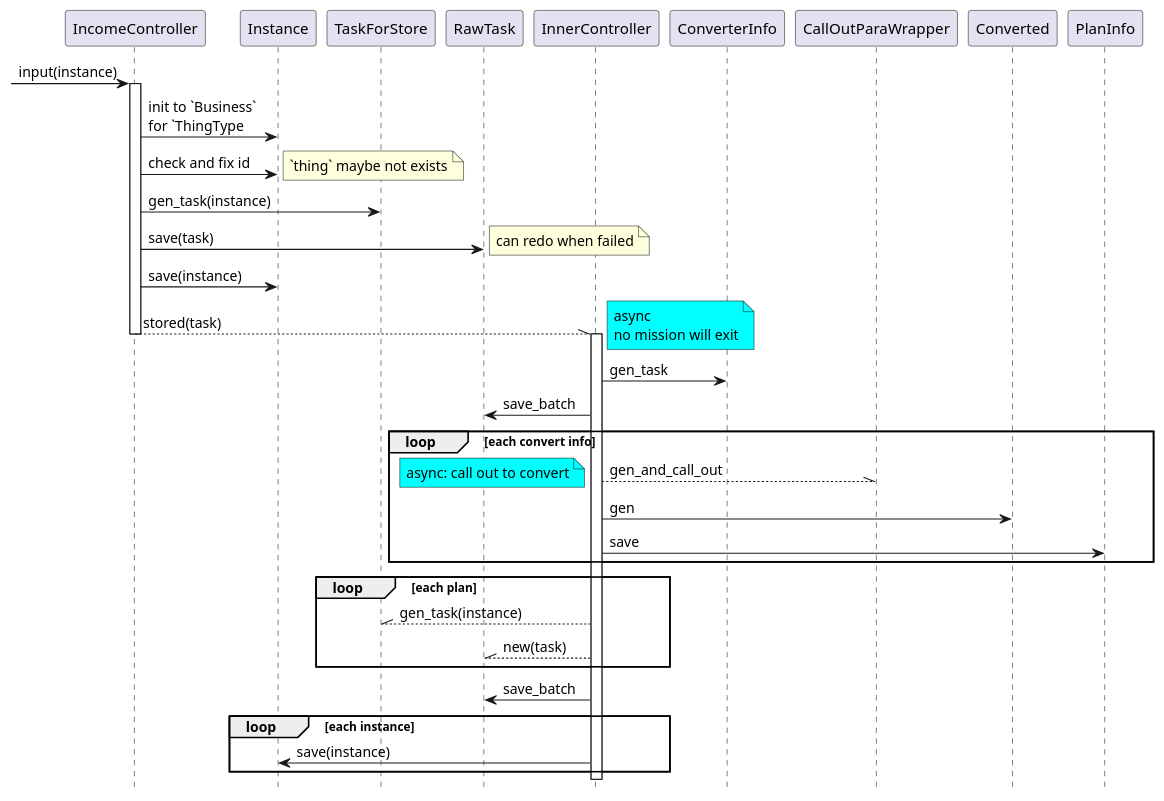
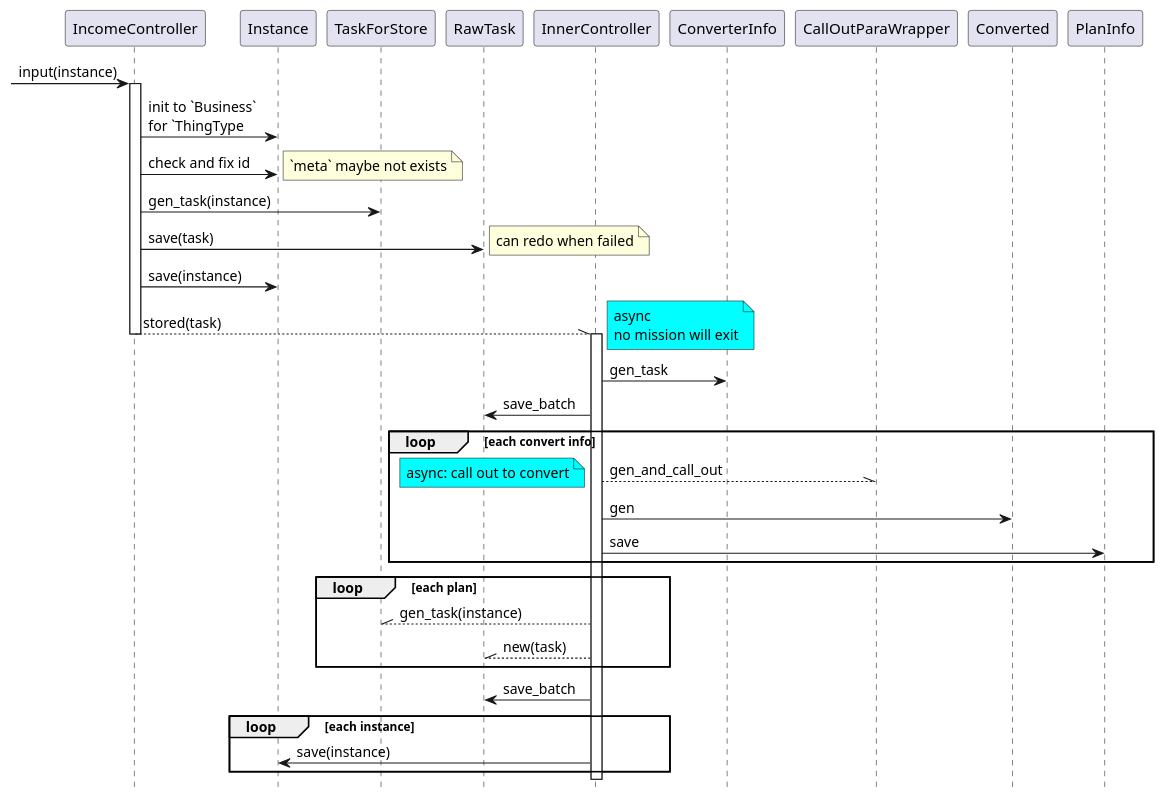
Before and after one commit to llxxbb/Nature: the diagram in doc/uml/normal-process.puml, drawn with PlantUML. The commit also changed 25 other files, not shown here.

Commit message:
change thing to meta

```diff
--- a/doc/uml/normal-process.puml
+++ b/doc/uml/normal-process.puml
@@ -1,40 +1,40 @@
 @startuml
 hide footbox
 
 
 [->IncomeController: input(instance)
 activate IncomeController
 IncomeController -> Instance: init to `Business` \nfor `ThingType
 IncomeController -> Instance: check and fix id
-note right: `thing` maybe not exists
+note right: `meta` maybe not exists
 IncomeController -> TaskForStore: gen_task(instance)
 IncomeController -> RawTask: save(task)
 note right: can redo when failed
 IncomeController -> Instance: save(instance)
 IncomeController --\\ InnerController: stored(task)
 note right #aqua : async \nno mission will exit
 deactivate IncomeController
 
 
 activate InnerController
 InnerController -> ConverterInfo: gen_task
 InnerController -> RawTask: save_batch
 loop each convert info
     InnerController --\\ CallOutParaWrapper:gen_and_call_out
     note left #aqua : async: call out to convert
     InnerController -> Converted :gen
     InnerController -> PlanInfo : save
 end
 
 loop each plan
     InnerController --\\ TaskForStore: gen_task(instance)
     InnerController --\\ RawTask: new(task)
 end
 InnerController -> RawTask: save_batch
 
 loop each instance
 InnerController -> Instance: save(instance)
 end
 deactivate InnerController
 
 @enduml
```
